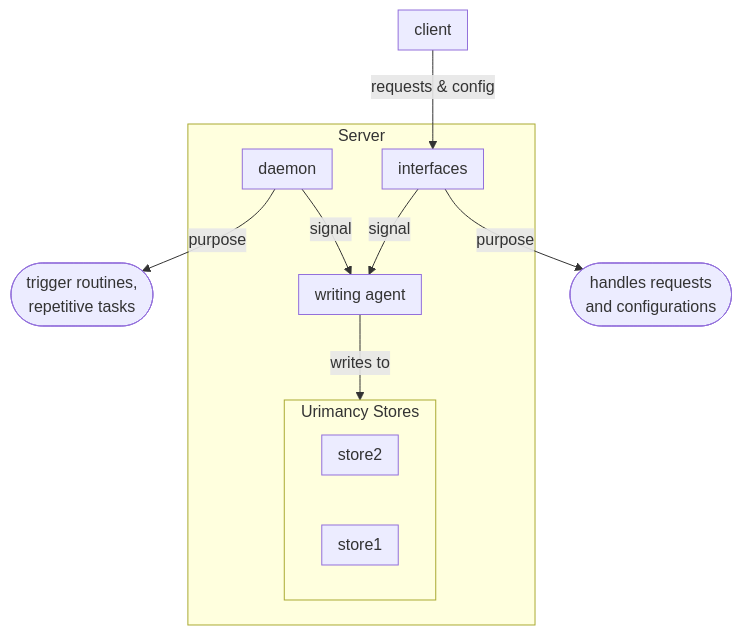
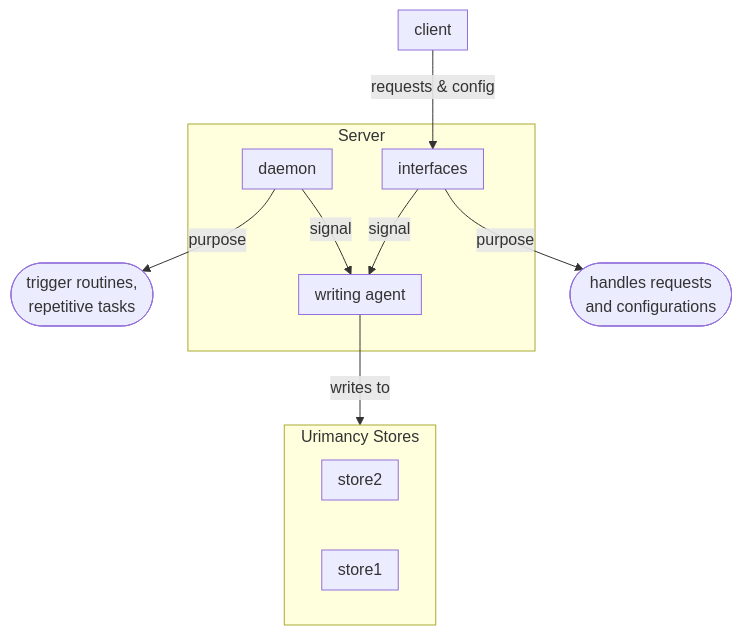
Before and after one commit to damscal/urimancy: the diagram in doc/architecture/general-architecture.md, drawn with Mermaid. The commit also changed 5 other files, not shown here.

````diff
--- a/doc/architecture/general-architecture.md
+++ b/doc/architecture/general-architecture.md
@@ -1,24 +1,24 @@
 ```mermaid
 flowchart
 subgraph Server
     subgraph interfaces
-    end
-    subgraph stores[Urimancy Stores]
-        subgraph store1
-        end
-        subgraph store2
-        end
     end
     subgraph daemon
     end
     subgraph writing_agent[writing agent]
     end
 end
 subgraph client
 end
+subgraph stores[Urimancy Stores]
+    subgraph store1
+    end
+    subgraph store2
+    end
+end
 
 interfaces -->|purpose| interfaces_purpose(["handles requests <br>and configurations"])
 client -->|requests & config| interfaces
 interfaces & daemon -->|signal| writing_agent -->|writes to| stores
 daemon -->|purpose|daemon_purpose(["trigger routines, <br>repetitive tasks"])
 ```
````
